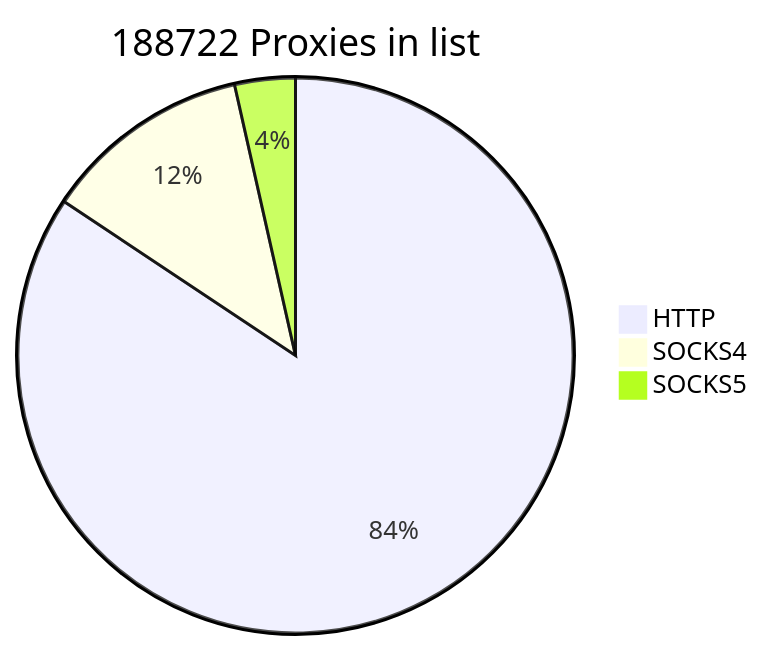
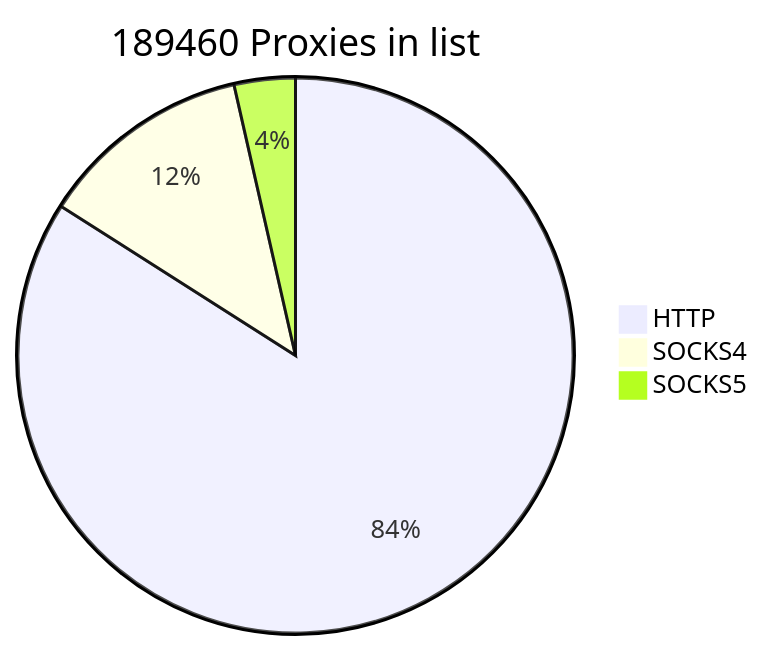
Before and after one commit to cutipu/proxylist: the first of 2 diagrams in README.md, drawn with Mermaid. The commit also changed other lines of this file, not shown here.

````diff
--- a/README.md
+++ b/README.md
@@ -2,7 +2,7 @@
 ```mermaid
-pie title 188722 Proxies in list
-    "HTTP" : 159181
-    "SOCKS4" : 22890
-    "SOCKS5" : 6651
+pie title 189460 Proxies in list
+    "HTTP" : 159187
+    "SOCKS4" : 23535
+    "SOCKS5" : 6738
             
 ```
````
